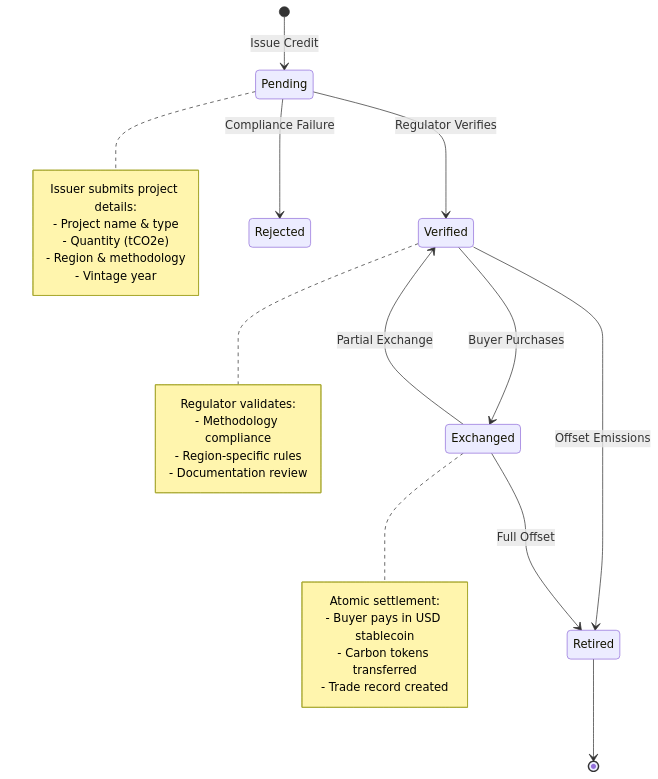
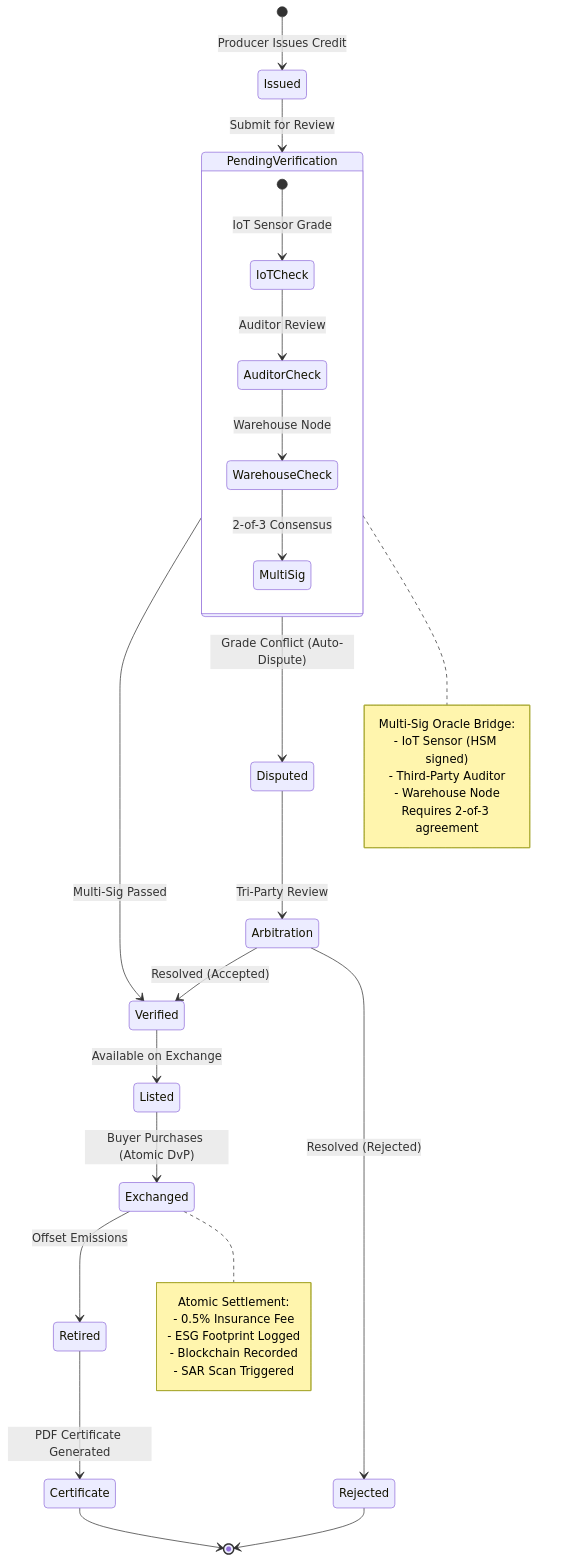
Before and after one commit to jai2033shankar/FutureExchange: the third of 5 diagrams in README.md, drawn with Mermaid. The commit also changed other lines of this file and 1 other file, not shown here.

Commit message:
auto-commit for 71316fa2-0dca-4145-897a-47e276826cbc

````diff
--- a/README.md
+++ b/README.md
@@ -185,33 +223,43 @@
 ```mermaid
 stateDiagram-v2
-    [*] --> Pending: Issue Credit
-    Pending --> Verified: Regulator Verifies
-    Pending --> Rejected: Compliance Failure
-    Verified --> Exchanged: Buyer Purchases
-    Verified --> Retired: Offset Emissions
-    Exchanged --> Verified: Partial Exchange
-    Exchanged --> Retired: Full Offset
-    Retired --> [*]
+    [*] --> Issued: Producer Issues Credit
+    Issued --> PendingVerification: Submit for Review
 
-    note right of Pending
-        Issuer submits project details:
-        - Project name & type
-        - Quantity (tCO2e)
-        - Region & methodology
-        - Vintage year
-    end note
+    state PendingVerification {
+        [*] --> IoTCheck: IoT Sensor Grade
+        IoTCheck --> AuditorCheck: Auditor Review
+        AuditorCheck --> WarehouseCheck: Warehouse Node
+        WarehouseCheck --> MultiSig: 2-of-3 Consensus
+    }
 
-    note right of Verified
-        Regulator validates:
-        - Methodology compliance
-        - Region-specific rules
-        - Documentation review
+    PendingVerification --> Verified: Multi-Sig Passed
+    PendingVerification --> Disputed: Grade Conflict (Auto-Dispute)
+
+    Verified --> Listed: Available on Exchange
+    Listed --> Exchanged: Buyer Purchases (Atomic DvP)
+    Exchanged --> Retired: Offset Emissions
+
+    Retired --> Certificate: PDF Certificate Generated
+    Certificate --> [*]
+
+    Disputed --> Arbitration: Tri-Party Review
+    Arbitration --> Verified: Resolved (Accepted)
+    Arbitration --> Rejected: Resolved (Rejected)
+    Rejected --> [*]
+
+    note right of PendingVerification
+        Multi-Sig Oracle Bridge:
+        - IoT Sensor (HSM signed)
+        - Third-Party Auditor
+        - Warehouse Node
+        Requires 2-of-3 agreement
     end note
 
     note right of Exchanged
-        Atomic settlement:
-        - Buyer pays in USD stablecoin
-        - Carbon tokens transferred
-        - Trade record created
+        Atomic Settlement:
+        - 0.5% Insurance Fee
+        - ESG Footprint Logged
+        - Blockchain Recorded
+        - SAR Scan Triggered
     end note
 ```
````
